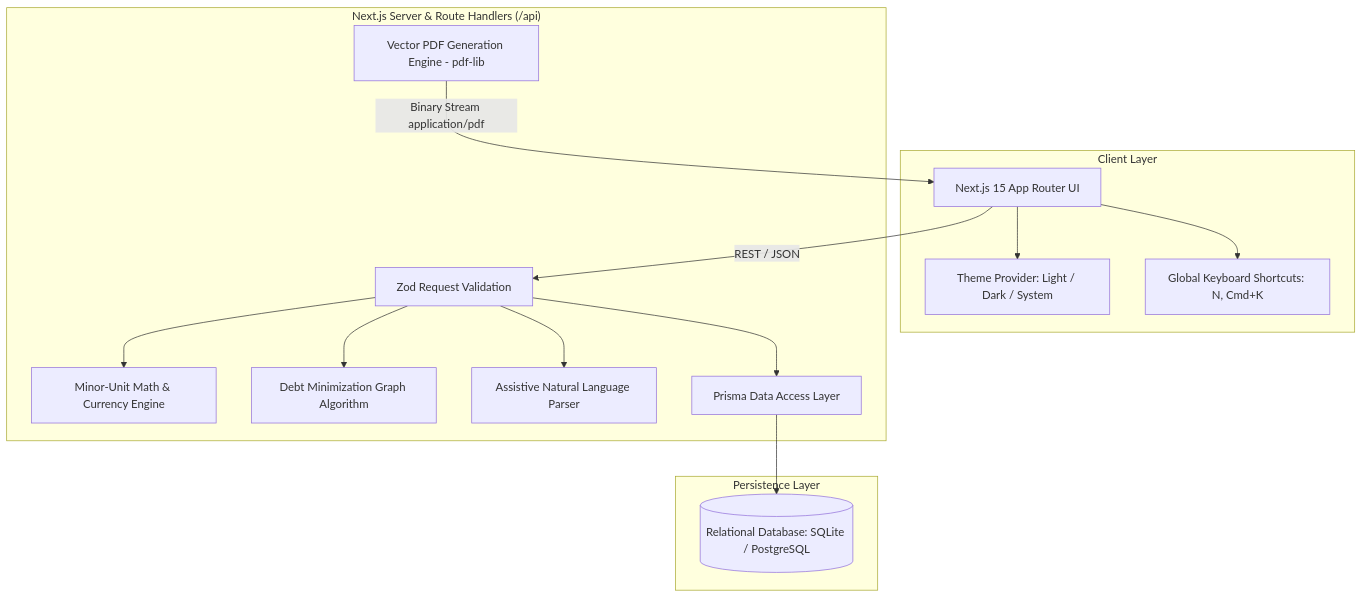
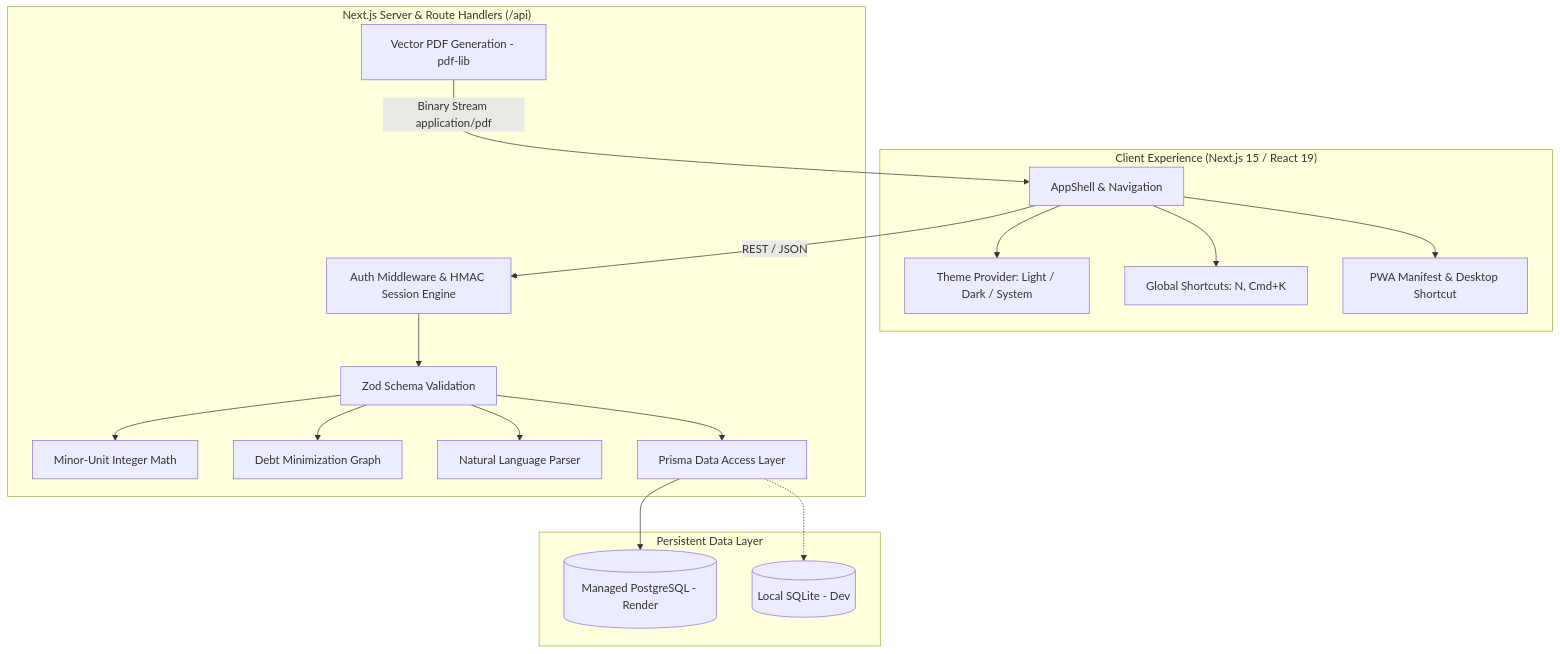
One commit to DEEPAK21072005/Expense-Tracker-App- changed the diagram in README.md. Above: the diagram before and after it, drawn with Mermaid. The commit also changed other lines of this file and 2 other files, not shown here.

````diff
--- a/README.md
+++ b/README.md
@@ -44,31 +107,37 @@
 ```mermaid
 graph TD
-    subgraph Browser ["Client Layer"]
-        UI[Next.js 15 App Router UI]
+    subgraph Client ["Client Experience (Next.js 15 / React 19)"]
+        UI[AppShell & Navigation]
         Theme[Theme Provider: Light / Dark / System]
-        Hotkeys[Global Keyboard Shortcuts: N, Cmd+K]
+        Hotkeys[Global Shortcuts: N, Cmd+K]
+        PWA[PWA Manifest & Desktop Shortcut]
     end
 
-    subgraph Serverless ["Next.js Server & Route Handlers (/api)"]
-        Validation[Zod Request Validation]
-        MoneyEngine[Minor-Unit Math & Currency Engine]
-        SettlementEngine[Debt Minimization Graph Algorithm]
-        NLParser[Assistive Natural Language Parser]
-        PdfEngine[Vector PDF Generation Engine - pdf-lib]
-        Prisma[Prisma Data Access Layer]
+    subgraph API ["Next.js Server & Route Handlers (/api)"]
+        Auth[Auth Middleware & HMAC Session Engine]
+        Validation[Zod Schema Validation]
+        MoneyEngine[Minor-Unit Integer Math]
+        Settlement[Debt Minimization Graph]
+        NLParser[Natural Language Parser]
+        PdfEngine[Vector PDF Generation - pdf-lib]
+        PrismaClient[Prisma Data Access Layer]
     end
 
-    subgraph Storage ["Persistence Layer"]
-        DB[(Relational Database: SQLite / PostgreSQL)]
+    subgraph Storage ["Persistent Data Layer"]
+        Postgres[(Managed PostgreSQL - Render)]
+        SQLite[(Local SQLite - Dev)]
     end
 
     UI --> Theme
     UI --> Hotkeys
-    UI -->|REST / JSON| Validation
+    UI --> PWA
+    UI -->|REST / JSON| Auth
+    Auth --> Validation
     Validation --> MoneyEngine
-    Validation --> SettlementEngine
+    Validation --> Settlement
     Validation --> NLParser
-    Validation --> Prisma
+    Validation --> PrismaClient
     PdfEngine -->|Binary Stream application/pdf| UI
-    Prisma --> DB
+    PrismaClient --> Postgres
+    PrismaClient -.-> SQLite
 ```
````
